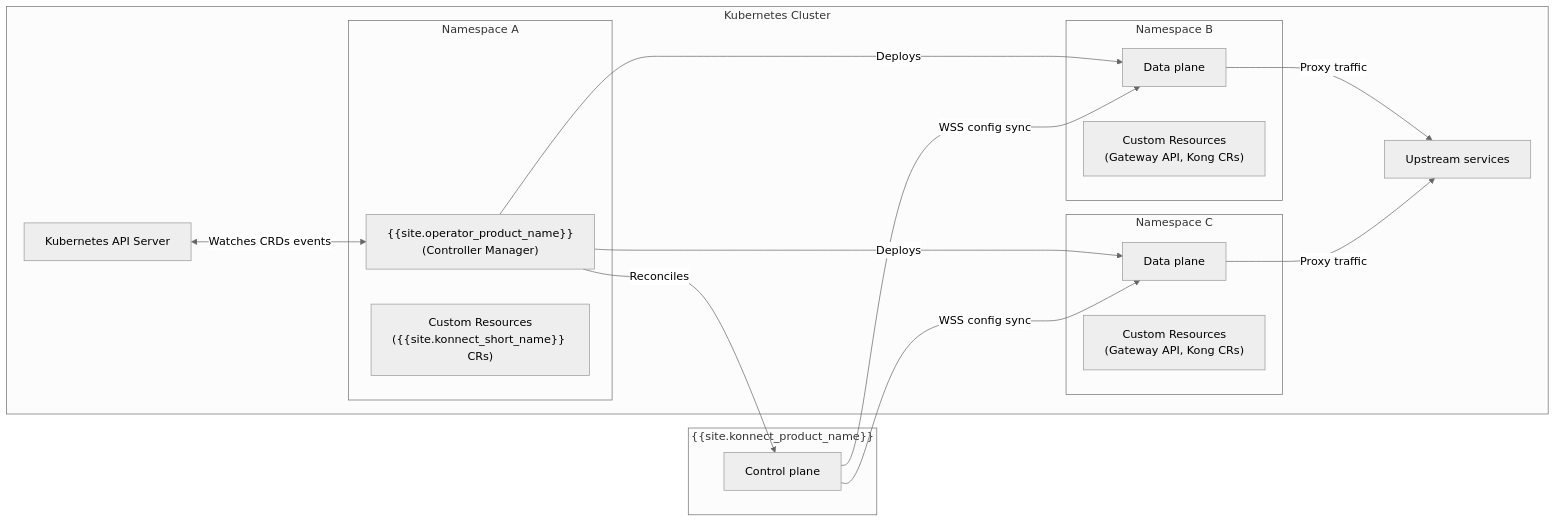
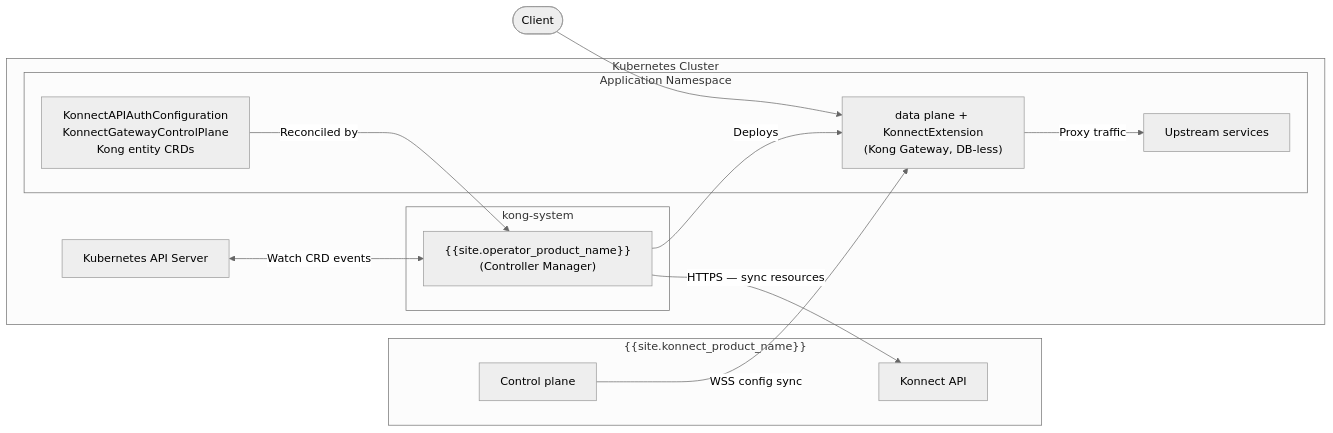
Before and after one commit to Kong/developer.konghq.com: the second of 2 diagrams in app/operator/reference/architecture.md, drawn with Mermaid (neutral theme). The commit also changed other lines of this file, not shown here.

```diff
--- a/app/operator/reference/architecture.md
+++ b/app/operator/reference/architecture.md
@@ -53,35 +88,30 @@
 {% mermaid %}
 flowchart LR
-    subgraph KOKO["{{site.konnect_product_name}}"]
-        CP[Control plane]
+    subgraph Konnect["{{site.konnect_product_name}}"]
+        KCP[Control plane]
+        KAPI[Konnect API]
     end
+
     subgraph K8s[Kubernetes Cluster]
         K[Kubernetes API Server]
 
-        K <-->|Watches CRDs events| KO
-
-        subgraph NS1[Namespace A]
+        subgraph kongNS[kong-system]
             KO["{{site.operator_product_name}}<br/>(Controller Manager)"]
-            CR1["Custom Resources<br/>({{site.konnect_short_name}} CRs)"]
         end
 
-        subgraph NS2[Namespace B]
-            DP1[Data plane]
-            CR2["Custom Resources<br/>(Gateway API, Kong CRs)"]
-        end
-        subgraph NS3[Namespace C]
-            DP2[Data plane]
-            CR3["Custom Resources<br/>(Gateway API, Kong CRs)"]
+        subgraph AppNS[Application Namespace]
+            KonnectCRs["KonnectAPIAuthConfiguration<br/>KonnectGatewayControlPlane<br/>Kong entity CRDs"]
+            DP["data plane + KonnectExtension<br/>(Kong Gateway, DB-less)"]
+            S[Upstream services]
         end
 
-        S[Upstream services]
-
-        KO -->|Reconciles| CP
-        KO -->|Deploys| DP1 & DP2
-
-        DP1 -->|Proxy traffic| S
-        DP2 -->|Proxy traffic| S
+        K <-->|Watch CRD events| KO
+        KonnectCRs -->|Reconciled by| KO
+        KO -->|Deploys| DP
+        DP -->|Proxy traffic| S
     end
 
-    CP --->|WSS config sync| DP1 & DP2
+    KO -->|"HTTPS — sync resources"| KAPI
+    KCP -->|WSS config sync| DP
+    Client([Client]) --> DP
 {% endmermaid %}
```
